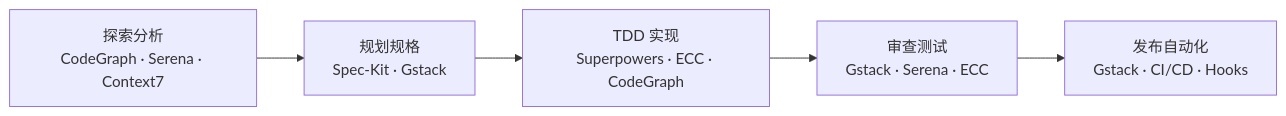
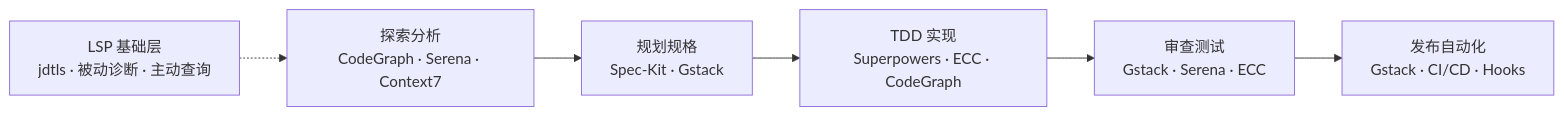
The diagram in docs/tips/java-practices/index.md (yydy-web/cc-learn), drawn with Mermaid before and after one commit. The commit also changed other lines of this file and 1 other file, not shown here.

Commit message:
docs: add LSP to java-practices navigation and tool matrix

````diff
--- a/docs/tips/java-practices/index.md
+++ b/docs/tips/java-practices/index.md
@@ -29,7 +34,8 @@
 ```mermaid
 flowchart LR
+    L["LSP 基础层\njdtls · 被动诊断 · 主动查询"] -.-> A
     A["探索分析\nCodeGraph · Serena · Context7"] --> B["规划规格\nSpec-Kit · Gstack"]
     B --> C["TDD 实现\nSuperpowers · ECC · CodeGraph"]
     C --> D["审查测试\nGstack · Serena · ECC"]
     D --> E["发布自动化\nGstack · CI/CD · Hooks"]
 ```
````
